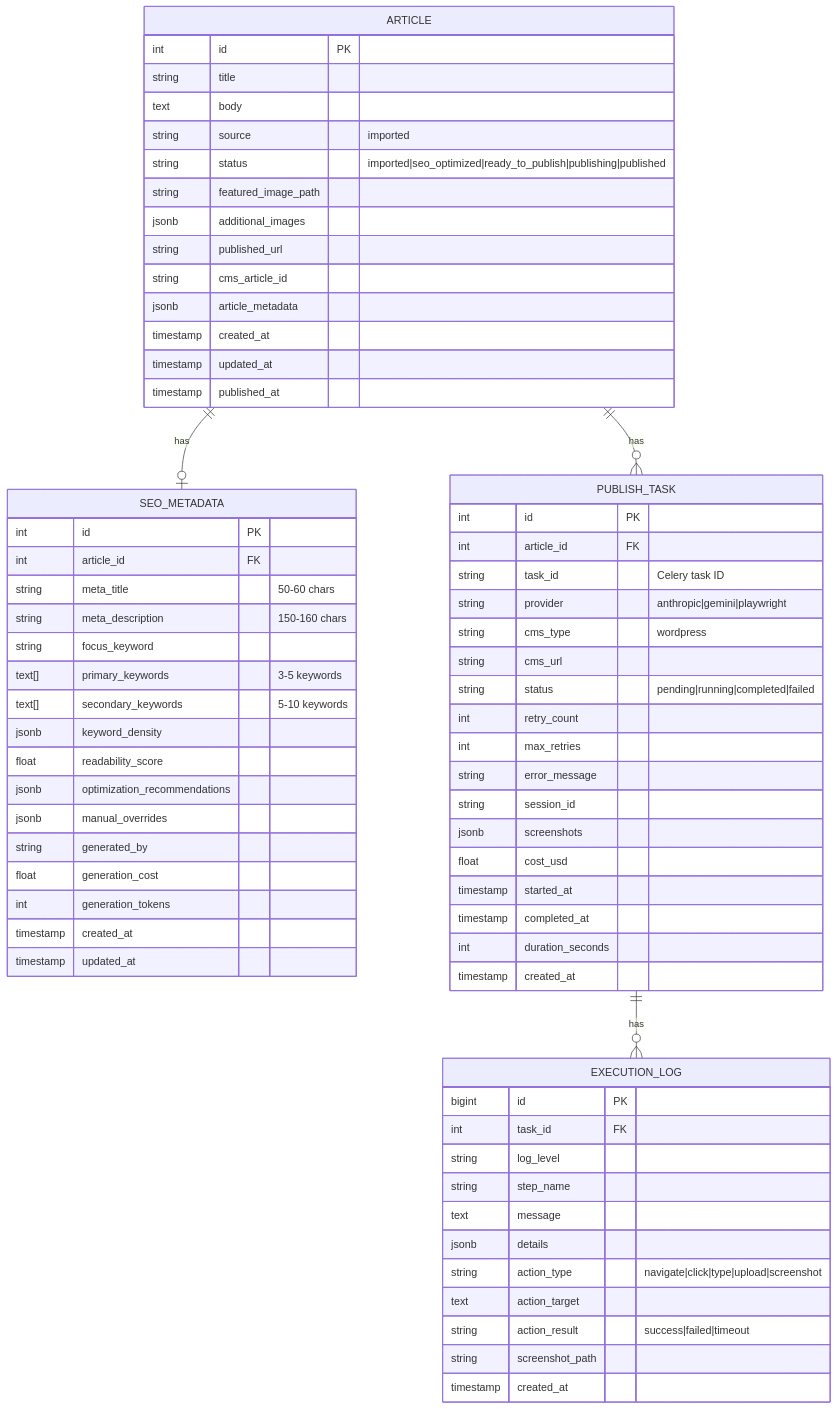
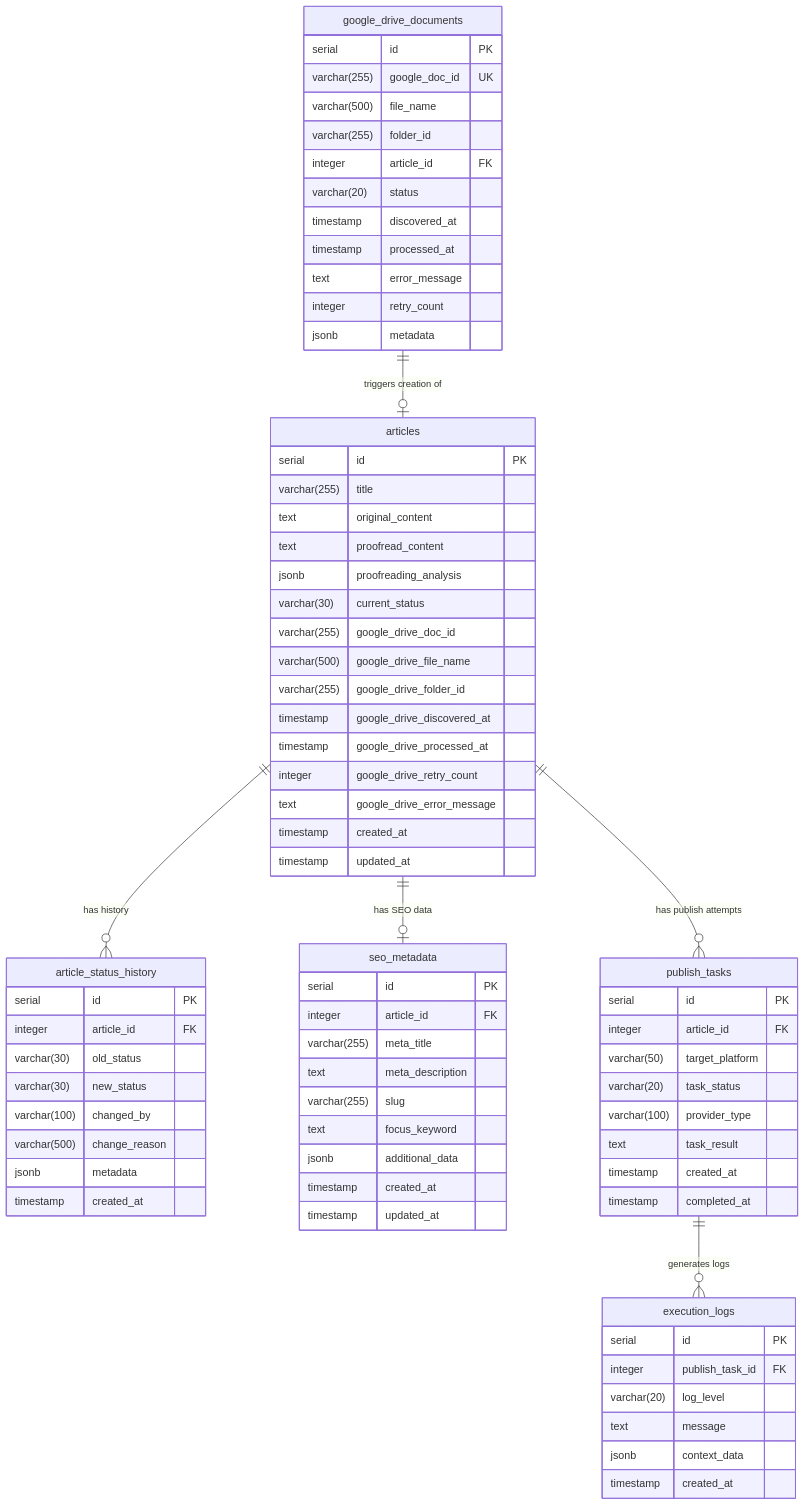
One commit to kingofalbert/cms-automation changed the diagram in specs/001-cms-automation/data-model.md. Above: the diagram before and after it, drawn with Mermaid. The commit also changed other lines of this file and 3 other files, not shown here.

First line of the commit message:
docs: Complete Google Drive & Worklist documentation (Phase 6 续)

````diff
--- a/specs/001-cms-automation/data-model.md
+++ b/specs/001-cms-automation/data-model.md
@@ -30,75 +30,83 @@
 ```mermaid
 erDiagram
-    ARTICLE ||--o| SEO_METADATA : has
-    ARTICLE ||--o{ PUBLISH_TASK : has
-    PUBLISH_TASK ||--o{ EXECUTION_LOG : has
+    google_drive_documents ||--o| articles : "triggers creation of"
+    articles ||--o{ article_status_history : "has history"
+    articles ||--o| seo_metadata : "has SEO data"
+    articles ||--o{ publish_tasks : "has publish attempts"
+    publish_tasks ||--o{ execution_logs : "generates logs"
 
-    ARTICLE {
-        int id PK
-        string title
-        text body
-        string source "imported"
-        string status "imported|seo_optimized|ready_to_publish|publishing|published"
-        string featured_image_path
-        jsonb additional_images
-        string published_url
-        string cms_article_id
-        jsonb article_metadata
-        timestamp created_at
-        timestamp updated_at
-        timestamp published_at
+    google_drive_documents {
+        serial id PK
+        varchar(255) google_doc_id UK
+        varchar(500) file_name
+        varchar(255) folder_id
+        integer article_id FK
+        varchar(20) status
+        timestamp discovered_at
+        timestamp processed_at
+        text error_message
+        integer retry_count
+        jsonb metadata
     }
 
-    SEO_METADATA {
-        int id PK
-        int article_id FK
-        string meta_title "50-60 chars"
-        string meta_description "150-160 chars"
-        string focus_keyword
-        text[] primary_keywords "3-5 keywords"
-        text[] secondary_keywords "5-10 keywords"
-        jsonb keyword_density
-        float readability_score
-        jsonb optimization_recommendations
-        jsonb manual_overrides
-        string generated_by
-        float generation_cost
-        int generation_tokens
+    articles {
+        serial id PK
+        varchar(255) title
+        text original_content
+        text proofread_content
+        jsonb proofreading_analysis
+        varchar(30) current_status
+        varchar(255) google_drive_doc_id
+        varchar(500) google_drive_file_name
+        varchar(255) google_drive_folder_id
+        timestamp google_drive_discovered_at
+        timestamp google_drive_processed_at
+        integer google_drive_retry_count
+        text google_drive_error_message
         timestamp created_at
         timestamp updated_at
     }
 
-    PUBLISH_TASK {
-        int id PK
-        int article_id FK
-        string task_id "Celery task ID"
-        string provider "anthropic|gemini|playwright"
-        string cms_type "wordpress"
-        string cms_url
-        string status "pending|running|completed|failed"
-        int retry_count
-        int max_retries
-        string error_message
-        string session_id
-        jsonb screenshots
-        float cost_usd
-        timestamp started_at
-        timestamp completed_at
-        int duration_seconds
+    article_status_history {
+        serial id PK
+        integer article_id FK
+        varchar(30) old_status
+        varchar(30) new_status
+        varchar(100) changed_by
+        varchar(500) change_reason
+        jsonb metadata
         timestamp created_at
     }
 
-    EXECUTION_LOG {
-        bigint id PK
-        int task_id FK
-        string log_level
-        string step_name
+    seo_metadata {
+        serial id PK
+        integer article_id FK
+        varchar(255) meta_title
+        text meta_description
+        varchar(255) slug
+        text focus_keyword
+        jsonb additional_data
+        timestamp created_at
+        timestamp updated_at
+    }
+
+    publish_tasks {
+        serial id PK
+        integer article_id FK
+        varchar(50) target_platform
+        varchar(20) task_status
+        varchar(100) provider_type
+        text task_result
+        timestamp created_at
+        timestamp completed_at
+    }
+
+    execution_logs {
+        serial id PK
+        integer publish_task_id FK
+        varchar(20) log_level
         text message
-        jsonb details
-        string action_type "navigate|click|type|upload|screenshot"
-        text action_target
-        string action_result "success|failed|timeout"
-        string screenshot_path
+        jsonb context_data
         timestamp created_at
     }
 ```
````
